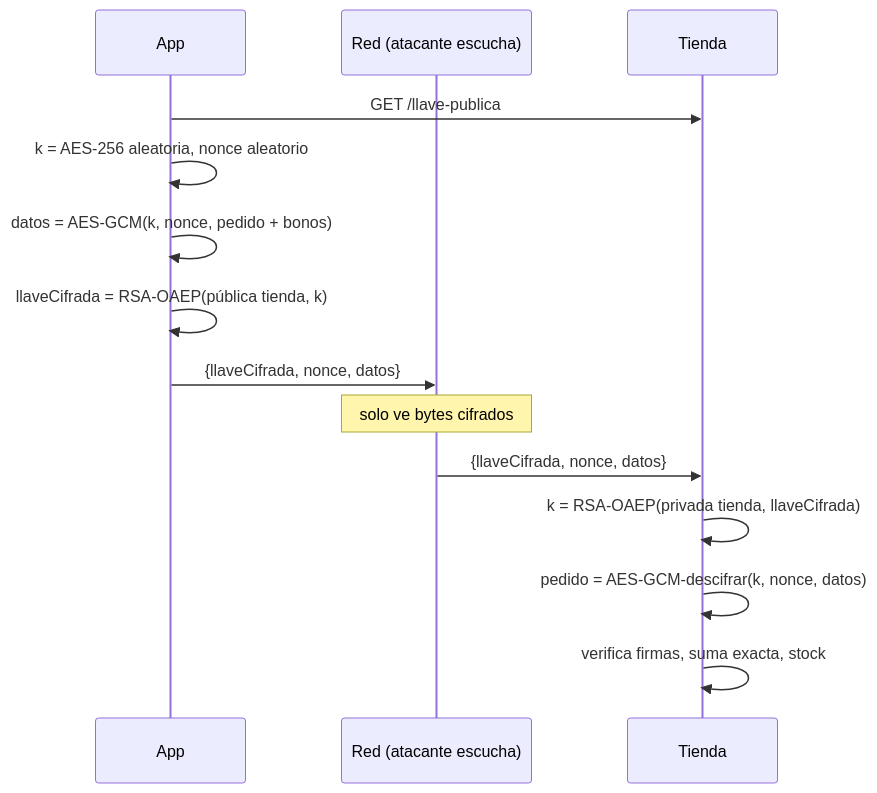
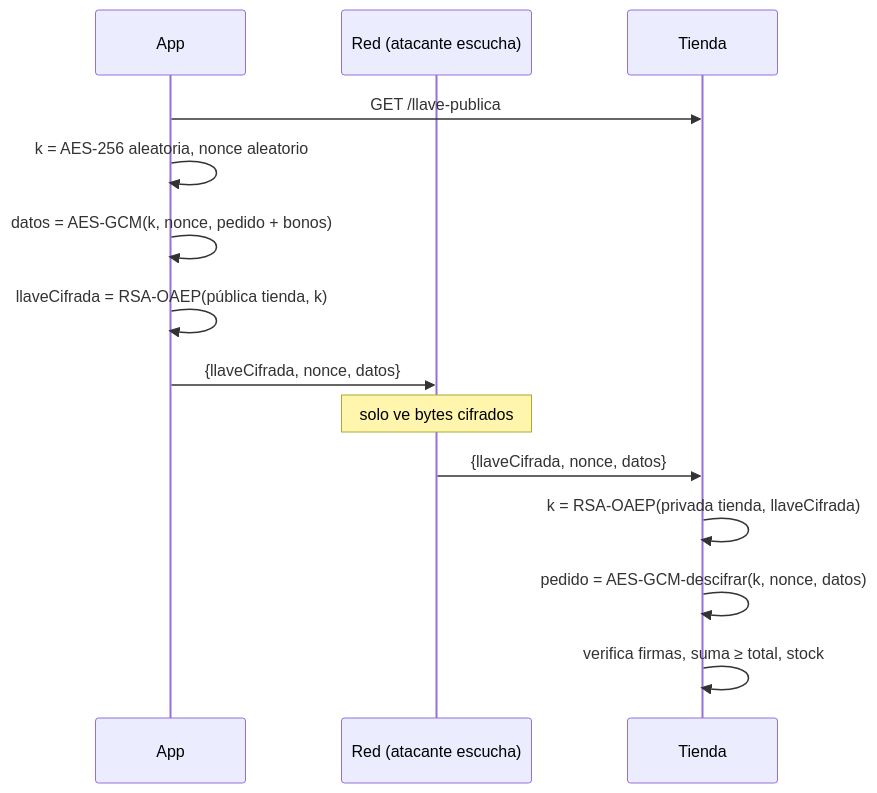
Before and after one commit to YaxOFF/ProyectoIntercomunicaciones_Backend: the second of 2 diagrams in SEGURIDAD.md, drawn with Mermaid. The commit also changed 7 other files, not shown here.

````diff
--- a/SEGURIDAD.md
+++ b/SEGURIDAD.md
@@ -71,16 +71,16 @@
 ```mermaid
 sequenceDiagram
     participant App
     participant Red as Red (atacante escucha)
     participant Tienda
     App->>Tienda: GET /llave-publica
     App->>App: k = AES-256 aleatoria, nonce aleatorio
     App->>App: datos = AES-GCM(k, nonce, pedido + bonos)
     App->>App: llaveCifrada = RSA-OAEP(pública tienda, k)
     App->>Red: {llaveCifrada, nonce, datos}
     Note over Red: solo ve bytes cifrados
     Red->>Tienda: {llaveCifrada, nonce, datos}
     Tienda->>Tienda: k = RSA-OAEP(privada tienda, llaveCifrada)
     Tienda->>Tienda: pedido = AES-GCM-descifrar(k, nonce, datos)
-    Tienda->>Tienda: verifica firmas, suma exacta, stock
+    Tienda->>Tienda: verifica firmas, suma ≥ total, stock
 ```
````
